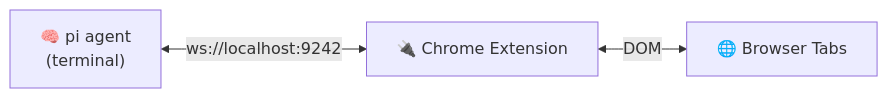
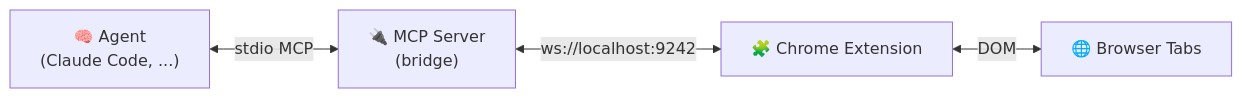
The first of 2 diagrams in README.md (vzsoares/agent-browser-bridge), drawn with Mermaid before and after one commit. The commit also changed other lines of this file and 130 other files, not shown here.

Commit message:
refactor: migrate to mcp server and rebrand as agent-browser-bridge

````diff
--- a/README.md
+++ b/README.md
@@ -5,5 +5,6 @@
 ```mermaid
 flowchart LR
-    pi["🧠 pi agent\n(terminal)"]<-->|"ws://localhost:9242"| ext["🔌 Chrome Extension"]
+    agent["🧠 Agent\n(Claude Code, ...)"]<-->|stdio MCP| mcp["🔌 MCP Server\n(bridge)"]
+    mcp<-->|"ws://localhost:9242"| ext["🧩 Chrome Extension"]
     ext<-->|DOM| browser["🌐 Browser Tabs"]
 ```
````
